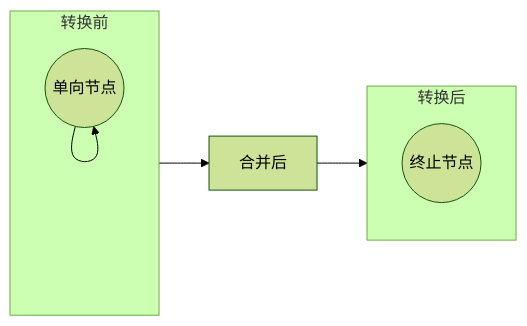
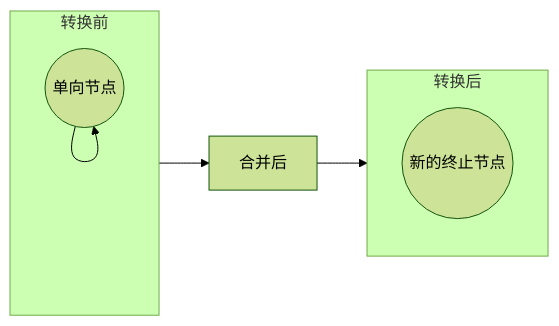
Diagram 12 of 22 in 控制流节点合并说明文档.md (jsCrack8/JavaScript-Deobfuscator), drawn with Mermaid (forest theme) before and after one commit. The commit also changed other lines of this file, not shown here.

````diff
--- a/控制流节点合并说明文档.md
+++ b/控制流节点合并说明文档.md
@@ -239,14 +244,14 @@
 ```mermaid
 flowchart LR
   subgraph L2["转换前"]
     direction TB
     A2(("单向节点"))
     A2 --> A2
   end
-  A2 --> X2["合并后"]
+  X2["合并后"]
   subgraph R2["转换后"]
     direction TB
-    C2(("终止节点"))
+    C2(("新的终止节点"))
   end
-  X2 --> C2
+  L2 --> X2 --> R2
 ```
````
